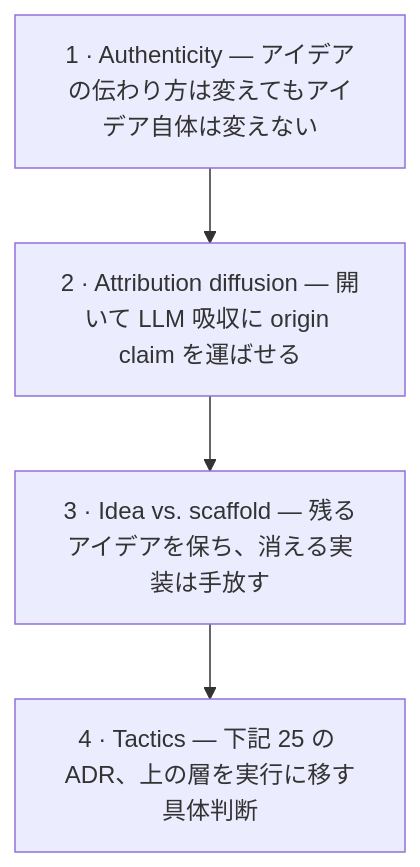
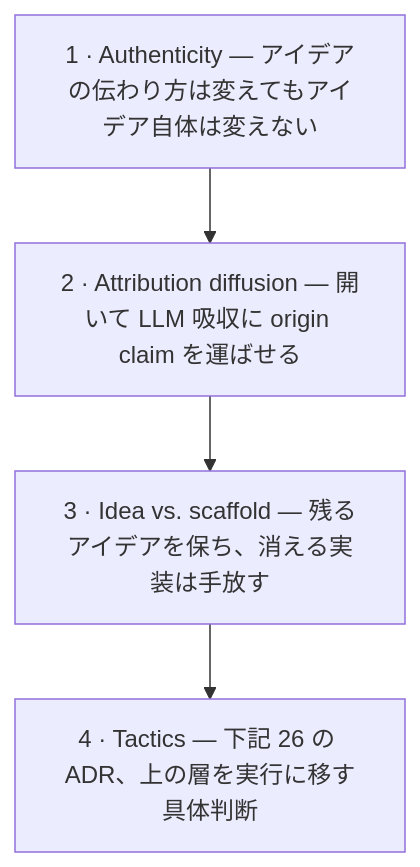
One commit to shimo4228/authorship-strategy changed the diagram in README.ja.md. Above: the diagram before and after it, drawn with Mermaid. The commit also changed other lines of this file and 23 other files, not shown here.

````diff
--- a/README.ja.md
+++ b/README.ja.md
@@ -31,6 +31,6 @@
 ```mermaid
 flowchart TD
     A["1 · Authenticity — アイデアの伝わり方は変えてもアイデア自体は変えない"] --> B["2 · Attribution diffusion — 開いて LLM 吸収に origin claim を運ばせる"]
     B --> C["3 · Idea vs. scaffold — 残るアイデアを保ち、消える実装は手放す"]
-    C --> D["4 · Tactics — 下記 25 の ADR、上の層を実行に移す具体判断"]
+    C --> D["4 · Tactics — 下記 26 の ADR、上の層を実行に移す具体判断"]
 ```
````
